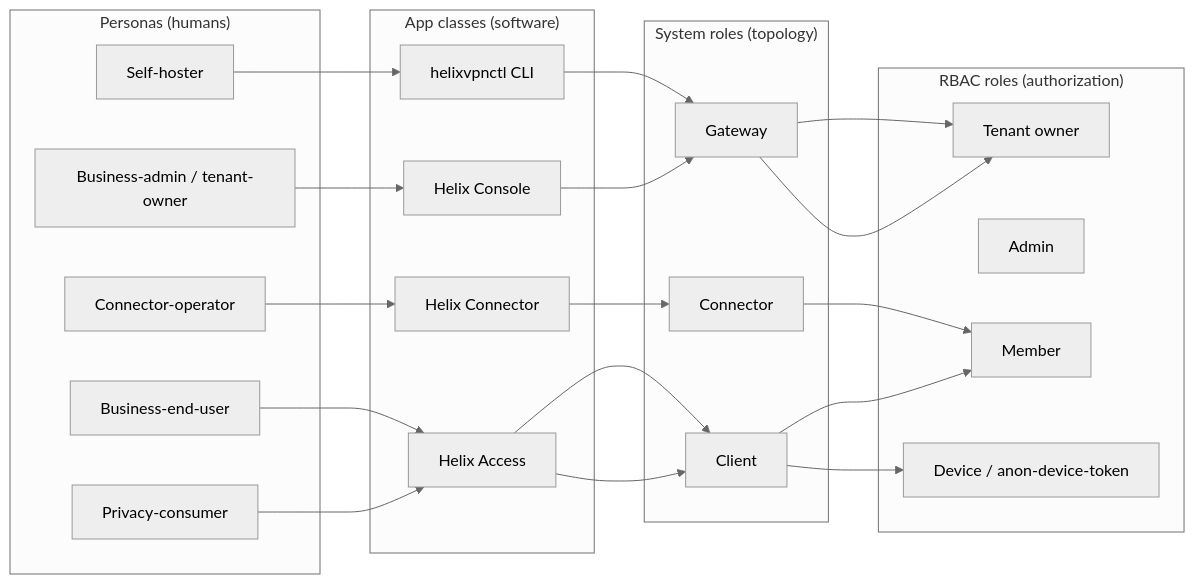
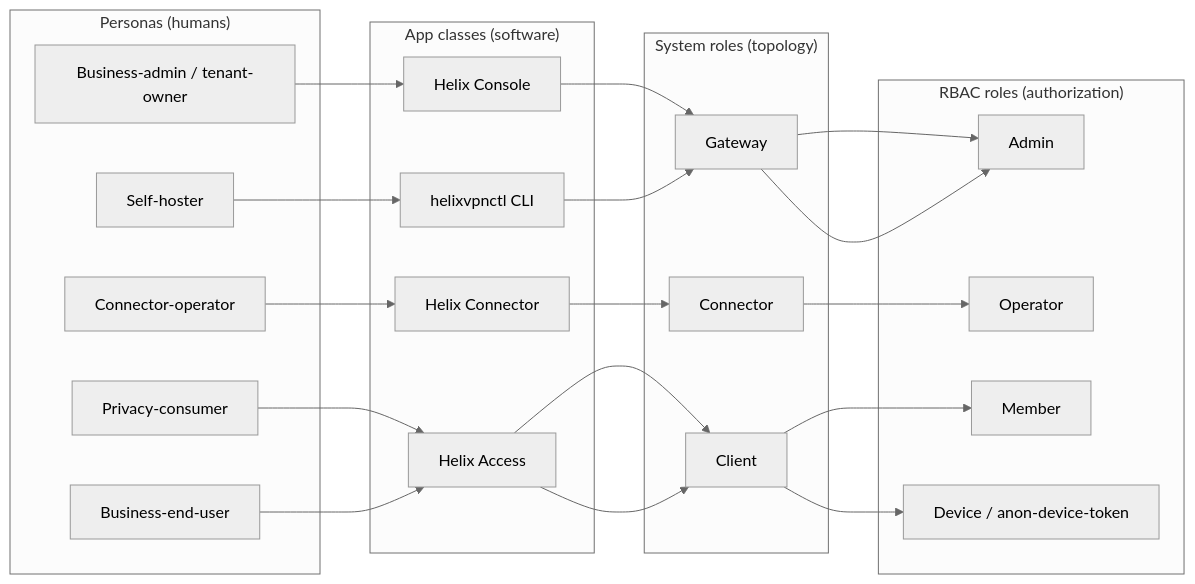
One commit to HelixDevelopment/helix_vpn changed the first of 5 diagrams in docs/research/mvp/final/v01-product/personas-and-roles.md. Above: the diagram before and after it, drawn with Mermaid (neutral theme). The commit also changed other lines of this file and 74 other files, not shown here.

````diff
--- a/docs/research/mvp/final/v01-product/personas-and-roles.md
+++ b/docs/research/mvp/final/v01-product/personas-and-roles.md
@@ -59,32 +70,32 @@
 ```mermaid
 flowchart LR
   subgraph PERSONAS["Personas (humans)"]
     P1[Privacy-consumer]
     P2[Business-admin / tenant-owner]
     P3[Business-end-user]
     P4[Connector-operator]
     P5[Self-hoster]
   end
   subgraph APPS["App classes (software)"]
     A1[Helix Access]
     A2[Helix Console]
     A3[Helix Connector]
     A4[helixvpnctl CLI]
   end
   subgraph SROLE["System roles (topology)"]
     S1[Client]
     S2[Gateway]
     S3[Connector]
   end
   subgraph RBAC["RBAC roles (authorization)"]
-    R1[Tenant owner]
-    R2[Admin]
+    R1[Admin]
+    R2[Operator]
     R3[Member]
     R4[Device / anon-device-token]
   end
   P1 --> A1 --> S1 --> R4
   P2 --> A2 --> S2 --> R1
   P3 --> A1 --> S1 --> R3
-  P4 --> A3 --> S3 --> R3
+  P4 --> A3 --> S3 --> R2
   P5 --> A4 --> S2 --> R1
 ```
````
